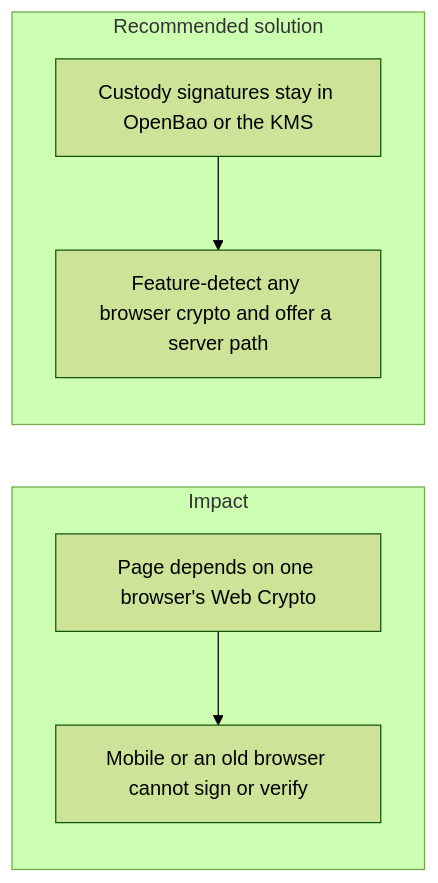
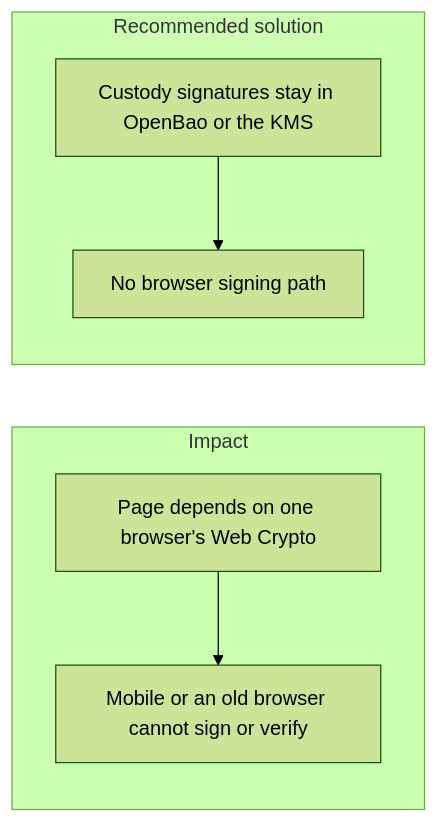
One commit to AymanNagyAhmed/backend-fintech-cryptographic-monolith changed the diagram in docs/Common_Challenges_In_Fintech_Cryptographic/037_cross_browser_and_cross_device_compatibility.md. Above: the diagram before and after it, drawn with Mermaid (forest theme). The commit also changed other lines of this file and 11 other files, not shown here.

````diff
--- a/docs/Common_Challenges_In_Fintech_Cryptographic/037_cross_browser_and_cross_device_compatibility.md
+++ b/docs/Common_Challenges_In_Fintech_Cryptographic/037_cross_browser_and_cross_device_compatibility.md
@@ -3,9 +3,9 @@
 ```mermaid
 flowchart LR
   subgraph impactPath [Impact]
     subtleCrypto[Page depends on one browser's Web Crypto] --> blocked[Mobile or an old browser cannot sign or verify]
   end
   subgraph solutionPath [Recommended solution]
-    serverSign[Custody signatures stay in OpenBao or the KMS] --> detect[Feature-detect any browser crypto and offer a server path]
+    serverSign[Custody signatures stay in OpenBao or the KMS] --> noPage[No browser signing path]
   end
 ```
````
